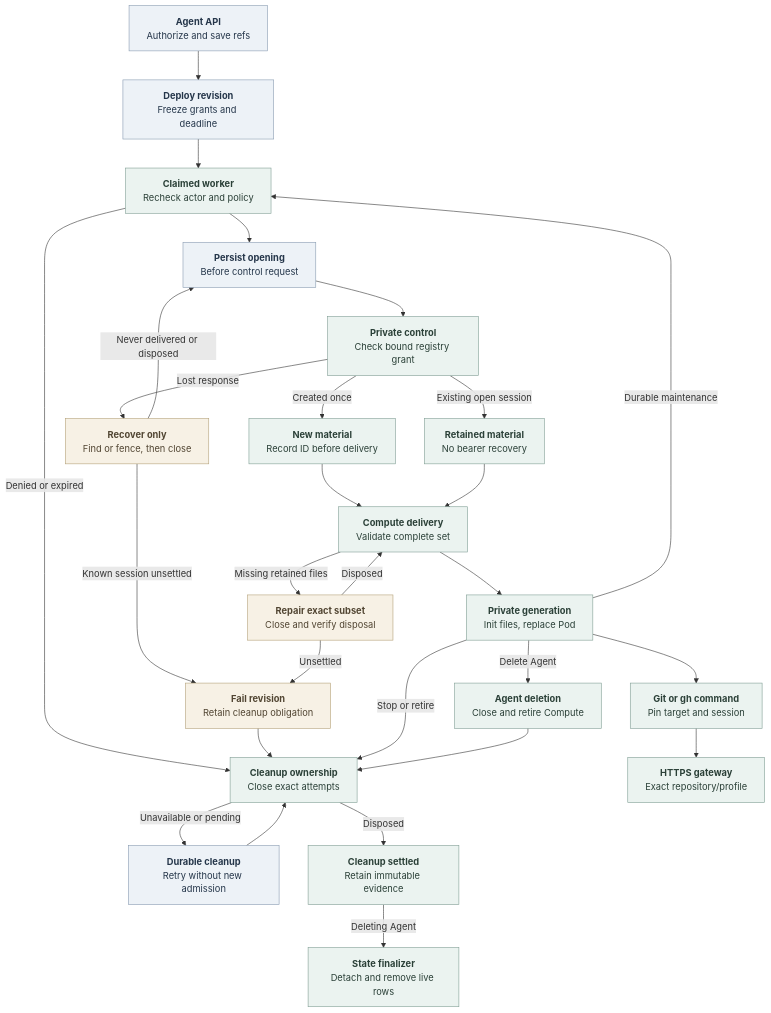
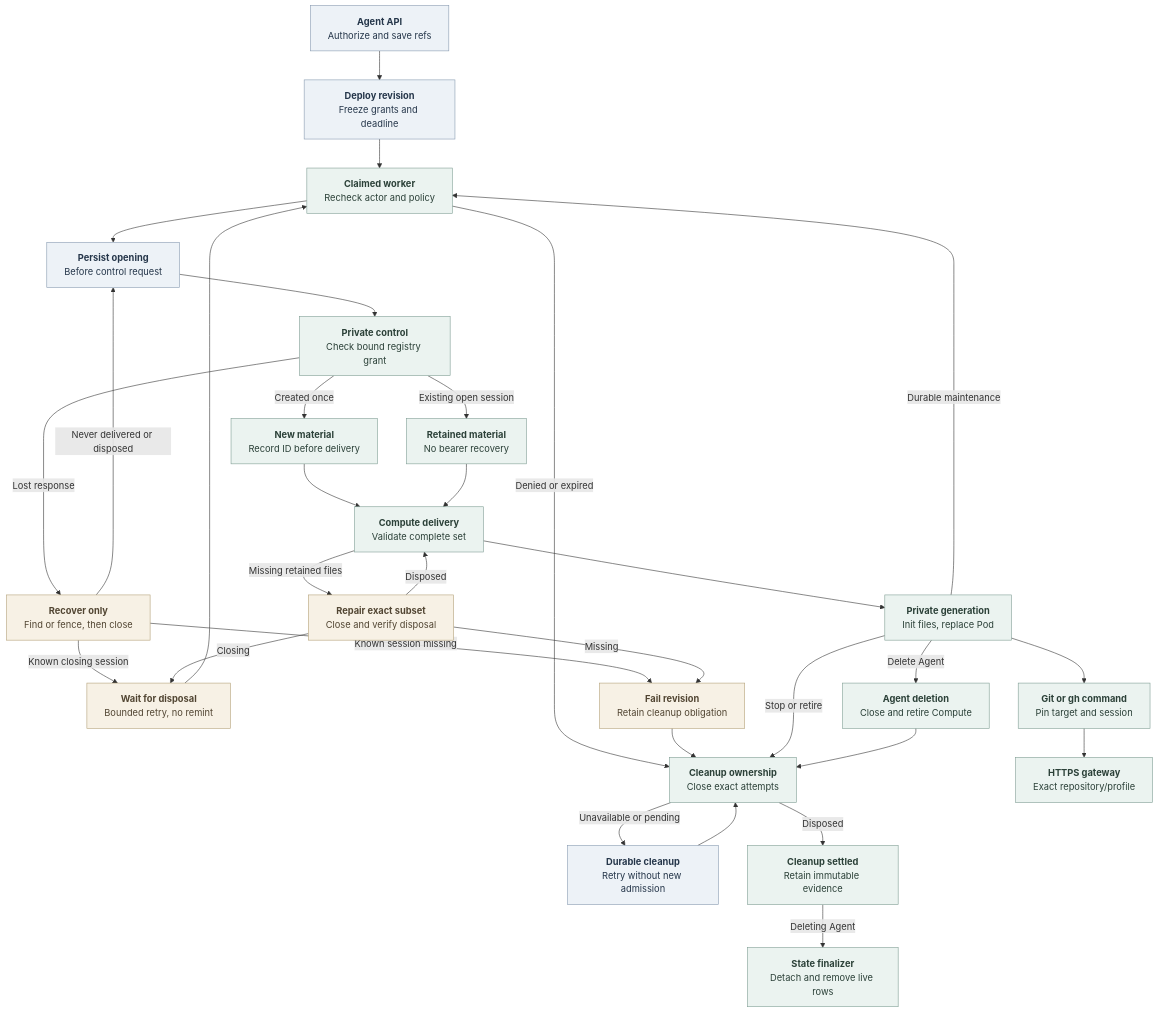
One commit to IsaiahStapleton/openclaw-enterprise changed the diagram in docs/flows/agent-repository-credentials.md. Above: the diagram before and after it, drawn with Mermaid. The commit also changed other lines of this file and 3 other files, not shown here.

Commit message:
fix: wait for repository cleanup before session replacement

````diff
--- a/docs/flows/agent-repository-credentials.md
+++ b/docs/flows/agent-repository-credentials.md
@@ -40,37 +40,40 @@
 ```mermaid
 graph TD
   API["<b>Agent API</b><br/>Authorize and save refs"] --> Revision["<b>Deploy revision</b><br/>Freeze grants and deadline"]
   Revision --> Worker["<b>Claimed worker</b><br/>Recheck actor and policy"]
   Worker -->|Denied or expired| Close["<b>Cleanup ownership</b><br/>Close exact attempts"]
   Worker --> Attempt["<b>Persist opening</b><br/>Before control request"]
   Attempt --> Service["<b>Private control</b><br/>Check bound registry grant"]
   Service -->|Created once| New["<b>New material</b><br/>Record ID before delivery"]
   Service -->|Existing open session| Retained["<b>Retained material</b><br/>No bearer recovery"]
   Service -->|Lost response| Recover["<b>Recover only</b><br/>Find or fence, then close"]
   Recover -->|Never delivered or disposed| Attempt
-  Recover -->|Known session unsettled| Refuse["<b>Fail revision</b><br/>Retain cleanup obligation"]
+  Recover -->|Known closing session| Wait["<b>Wait for disposal</b><br/>Bounded retry, no remint"]
+  Wait --> Worker
+  Recover -->|Known session missing| Refuse["<b>Fail revision</b><br/>Retain cleanup obligation"]
   New --> Compute["<b>Compute delivery</b><br/>Validate complete set"]
   Retained --> Compute
   Compute -->|Missing retained files| Repair["<b>Repair exact subset</b><br/>Close and verify disposal"]
   Repair -->|Disposed| Compute
-  Repair -->|Unsettled| Refuse
+  Repair -->|Closing| Wait
+  Repair -->|Missing| Refuse
   Refuse --> Close
   Compute --> Pod["<b>Private generation</b><br/>Init files, replace Pod"]
   Pod --> Command["<b>Git or gh command</b><br/>Pin target and session"]
   Command --> Gateway["<b>HTTPS gateway</b><br/>Exact repository/profile"]
   Pod -->|Durable maintenance| Worker
   Pod -->|Stop or retire| Close
   Close -->|Unavailable or pending| Queue["<b>Durable cleanup</b><br/>Retry without new admission"]
   Queue --> Close
   Close -->|Disposed| Done["<b>Cleanup settled</b><br/>Retain immutable evidence"]
   Pod -->|Delete Agent| Delete["<b>Agent deletion</b><br/>Close and retire Compute"]
   Delete --> Close
   Done -->|Deleting Agent| Finalize["<b>State finalizer</b><br/>Detach and remove live rows"]
 
   classDef state fill:#EDF2F7,stroke:#879AB0,color:#25364A,stroke-width:1px
   classDef operation fill:#EBF3F0,stroke:#7F9D93,color:#2B4038,stroke-width:1px
   classDef condition fill:#F7F1E5,stroke:#B3A078,color:#514532,stroke-width:1px
   class API,Revision,Attempt,Queue state
   class Worker,Service,New,Retained,Compute,Pod,Command,Gateway,Close,Done,Delete,Finalize operation
-  class Recover,Repair,Refuse condition
+  class Recover,Repair,Refuse,Wait condition
 ```
````
